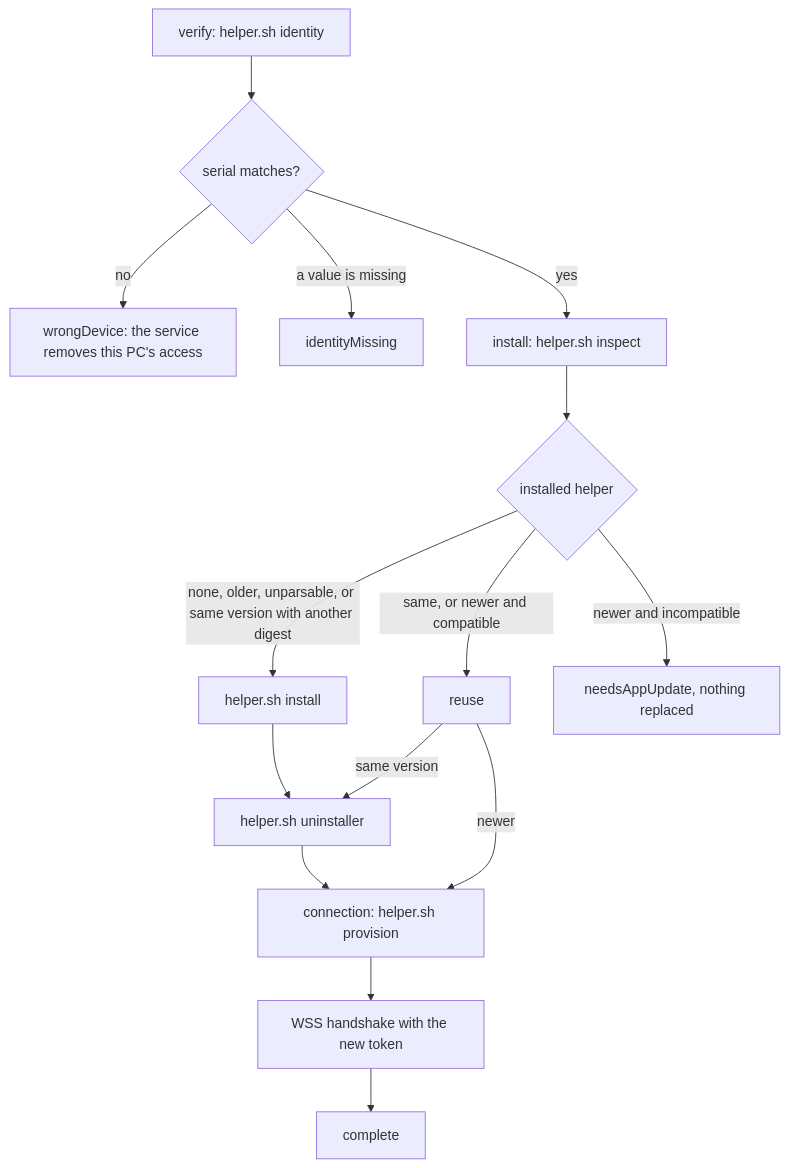
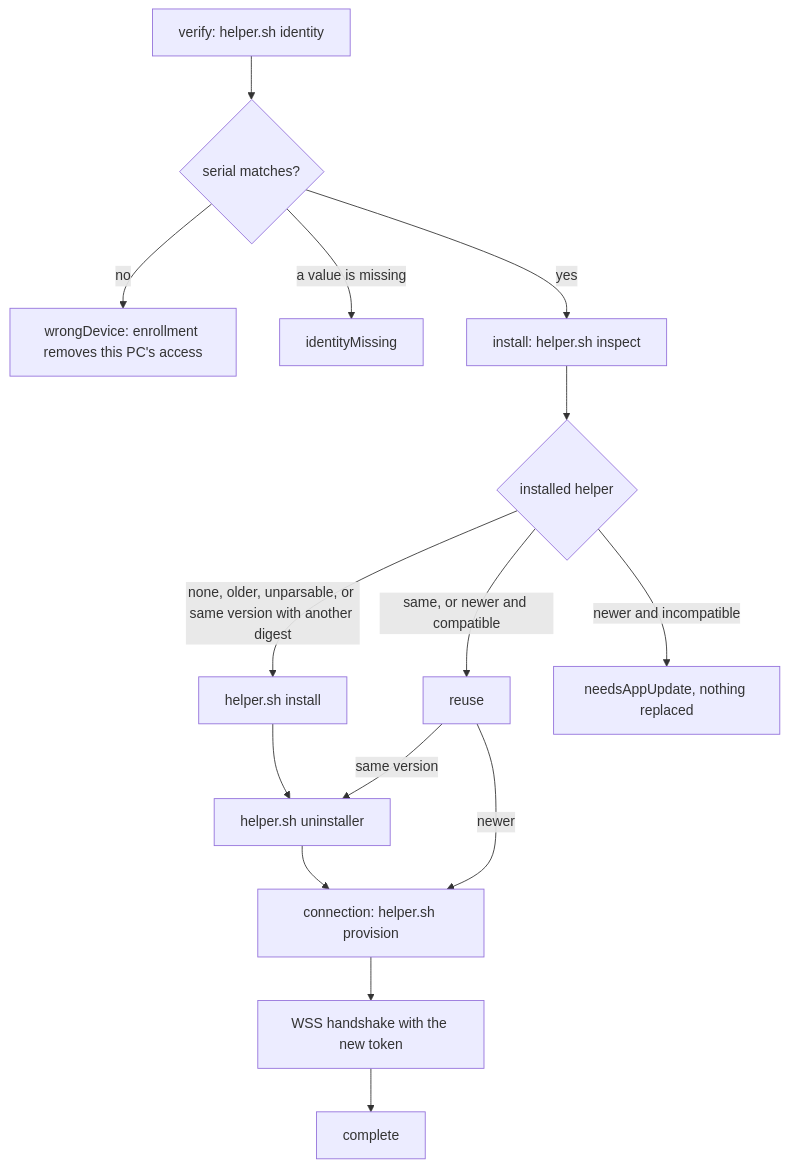
One commit to Raphiiko/OyasumiVR changed the third of 7 diagrams in docs/agents/steam-frame-pairing.md. Above: the diagram before and after it, drawn with Mermaid. The commit also changed other lines of this file and 18 other files, not shown here.

````diff
--- a/docs/agents/steam-frame-pairing.md
+++ b/docs/agents/steam-frame-pairing.md
@@ -109,17 +126,17 @@
 ```mermaid
 flowchart TD
   A["verify: helper.sh identity"] --> B{"serial matches?"}
-  B -- "no" --> W["wrongDevice: the service removes this PC's access"]
+  B -- "no" --> W["wrongDevice: enrollment removes this PC's access"]
   B -- "a value is missing" --> M["identityMissing"]
   B -- "yes" --> C["install: helper.sh inspect"]
   C --> D{"installed helper"}
   D -- "none, older, unparsable, or same version with another digest" --> E["helper.sh install"]
   D -- "same, or newer and compatible" --> F["reuse"]
   D -- "newer and incompatible" --> N["needsAppUpdate, nothing replaced"]
   E --> G["helper.sh uninstaller"]
   F -- "same version" --> G
   F -- "newer" --> H
   G --> H["connection: helper.sh provision"]
   H --> I["WSS handshake with the new token"]
   I --> J["complete"]
 ```
````
